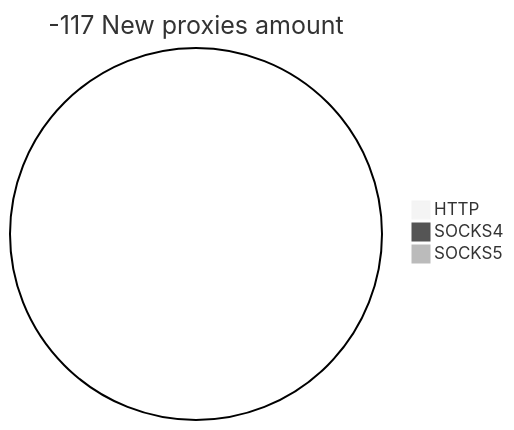
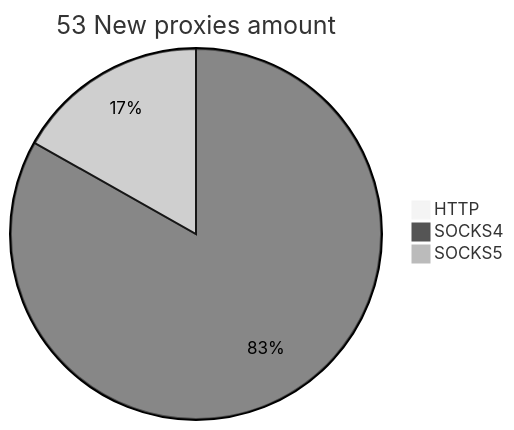
One commit to cutipu/proxylist changed the second of 2 diagrams in README.md. Above: the diagram before and after it, drawn with Mermaid (neutral theme). The commit also changed other lines of this file, not shown here.

````diff
--- a/README.md
+++ b/README.md
@@ -10,6 +10,6 @@
 ```mermaid
-pie title -117 New proxies amount
+pie title 53 New proxies amount
     "HTTP" : 0
-    "SOCKS4" : 0
-    "SOCKS5" : 0
+    "SOCKS4" : 89
+    "SOCKS5" : 18
 ```
````
